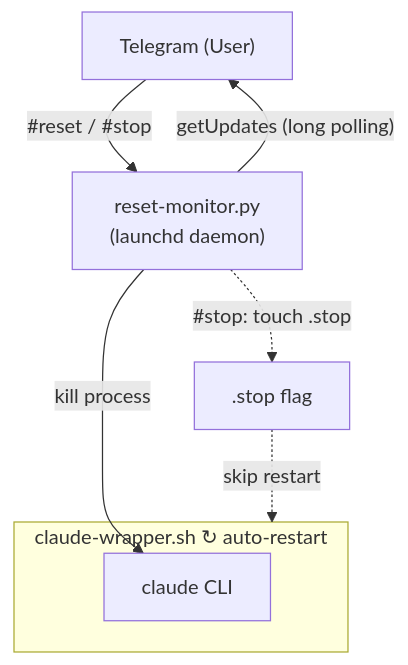
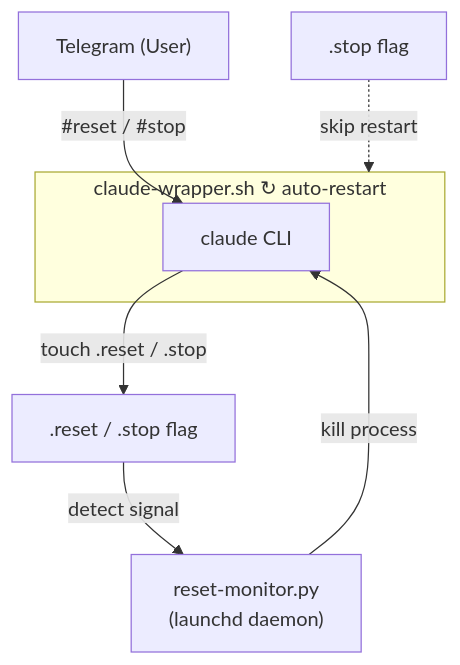
The diagram in README.md (robin-li/claude-tg-reset), drawn with Mermaid before and after one commit. The commit also changed other lines of this file and 5 other files, not shown here.

First line of the commit message:
refactor: replace Telegram polling with file-based signal monitoring

````diff
--- a/README.md
+++ b/README.md
@@ -23,16 +23,16 @@
 ```mermaid
 flowchart TB
     A["Telegram (User)"]
-    B["reset-monitor.py\n(launchd daemon)"]
 
-    A -- "#reset / #stop" --> B
-    B -- "getUpdates (long polling)" --> A
+    A -- "#reset / #stop" --> C
+
+    C -- "touch .reset / .stop" --> F[".reset / .stop flag"]
+    F -- "detect signal" --> B["reset-monitor.py\n(launchd daemon)"]
 
     B -- "kill process" --> C
-    B -. "#stop: touch .stop" .-> S[".stop flag"]
-    S -. "skip restart" .-> wrapper
+    S[".stop flag"] -. "skip restart" .-> wrapper
 
     subgraph wrapper ["claude-wrapper.sh  ↻ auto-restart"]
         C["claude CLI"]
     end
 ```
````
